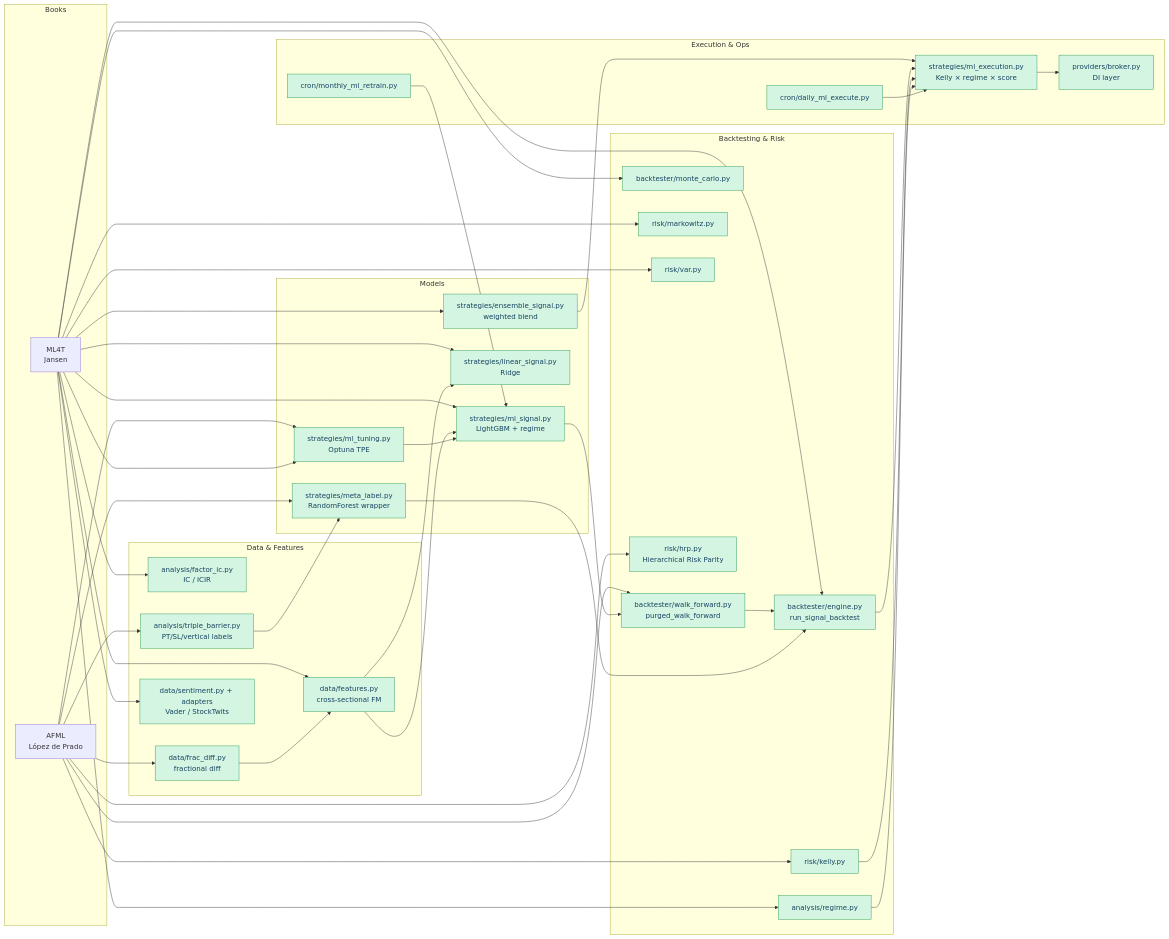
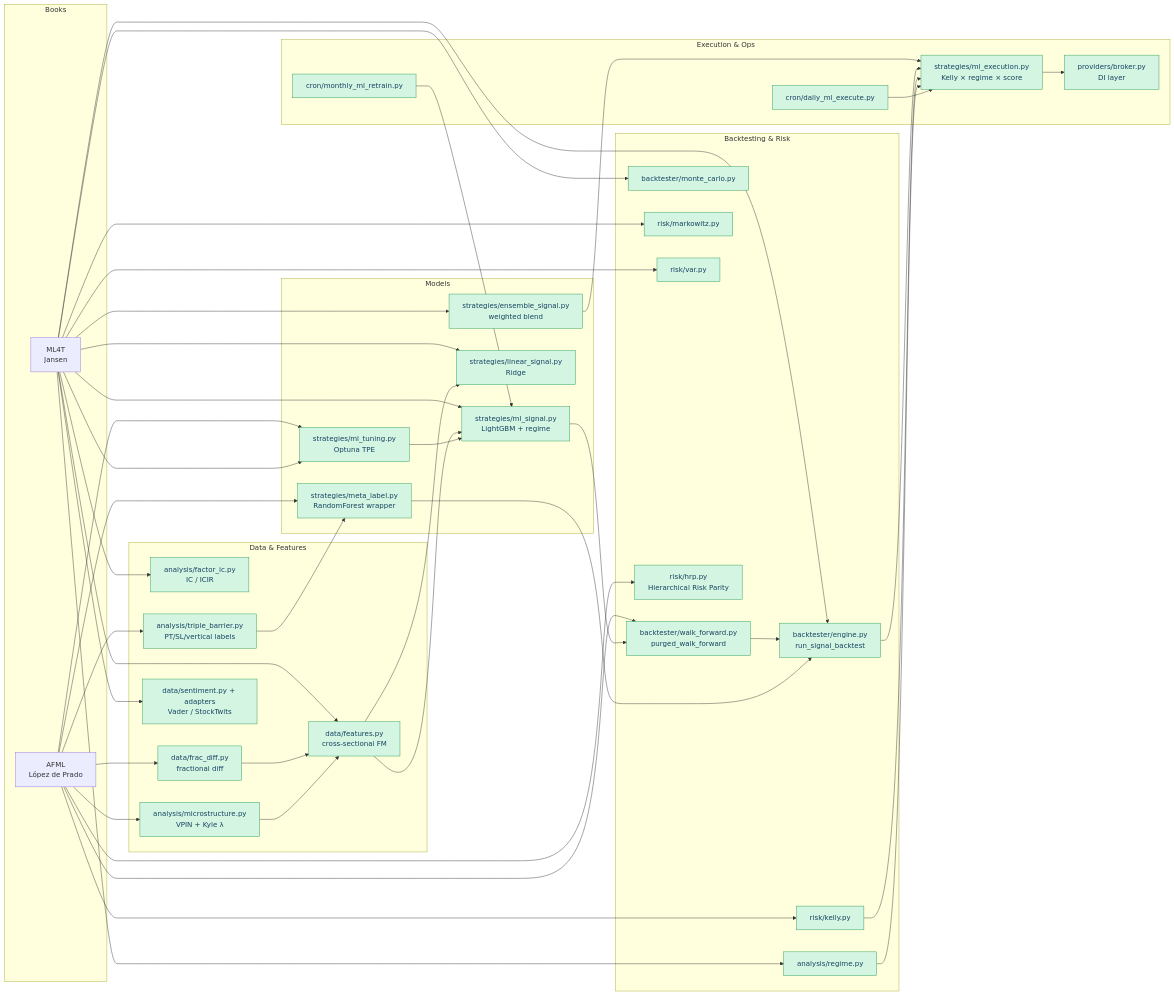
Before and after one commit to ghostlobster/quant-platform: the diagram in ML_BOOK_MAP.md, drawn with Mermaid. The commit also changed other lines of this file and 4 other files, not shown here.

First line of the commit message:
feat: VPIN and Kyle's lambda microstructural features (AFML Ch 19)

````diff
--- a/ML_BOOK_MAP.md
+++ b/ML_BOOK_MAP.md
@@ -16,61 +16,63 @@
 ```mermaid
 graph LR
     subgraph Books[Books]
         AFML[AFML<br/>López de Prado]
         ML4T[ML4T<br/>Jansen]
     end
 
     subgraph Data[Data & Features]
         F1[data/features.py<br/>cross-sectional FM]
         F2[analysis/factor_ic.py<br/>IC / ICIR]
         F3[analysis/triple_barrier.py<br/>PT/SL/vertical labels]
         F4[data/frac_diff.py<br/>fractional diff]
         F5[data/sentiment.py + adapters<br/>Vader / StockTwits]
+        F6[analysis/microstructure.py<br/>VPIN + Kyle λ]
     end
 
     subgraph Models[Models]
         M1[strategies/ml_signal.py<br/>LightGBM + regime]
         M2[strategies/linear_signal.py<br/>Ridge]
         M3[strategies/ensemble_signal.py<br/>weighted blend]
         M4[strategies/meta_label.py<br/>RandomForest wrapper]
         M5[strategies/ml_tuning.py<br/>Optuna TPE]
     end
 
     subgraph Backtest[Backtesting & Risk]
         B1[backtester/walk_forward.py<br/>purged_walk_forward]
         B2[backtester/engine.py<br/>run_signal_backtest]
         B3[backtester/monte_carlo.py]
         B4[risk/kelly.py]
         B5[risk/markowitz.py]
         B6[risk/var.py]
         B7[analysis/regime.py]
         B8[risk/hrp.py<br/>Hierarchical Risk Parity]
     end
 
     subgraph Execution[Execution & Ops]
         E1[strategies/ml_execution.py<br/>Kelly × regime × score]
         E2[providers/broker.py<br/>DI layer]
         E3[cron/daily_ml_execute.py]
         E4[cron/monthly_ml_retrain.py]
     end
 
-    AFML --> F3 & F4 & M4 & M5 & B1 & B4 & B8
+    AFML --> F3 & F4 & F6 & M4 & M5 & B1 & B4 & B8
     ML4T --> F1 & F2 & F5 & M1 & M2 & M3 & M5 & B2 & B3 & B5 & B6 & B7
 
     F1 --> M1 & M2
     F3 --> M4
     F4 --> F1
+    F6 --> F1
     M1 --> B1 --> B2
     M4 --> B2
     M5 --> M1
     M3 --> E1
     B2 --> E1
     B4 & B7 --> E1
     E1 --> E2
     E4 --> M1
     E3 --> E1
 
     classDef done fill:#d5f5e3,stroke:#229954,color:#154360
     classDef planned fill:#fdebd0,stroke:#b9770e,color:#7e5109
-    class F1,F2,F3,F4,F5,M1,M2,M3,M4,M5,B1,B2,B3,B4,B5,B6,B7,B8,E1,E2,E3,E4 done
+    class F1,F2,F3,F4,F5,F6,M1,M2,M3,M4,M5,B1,B2,B3,B4,B5,B6,B7,B8,E1,E2,E3,E4 done
 ```
````
